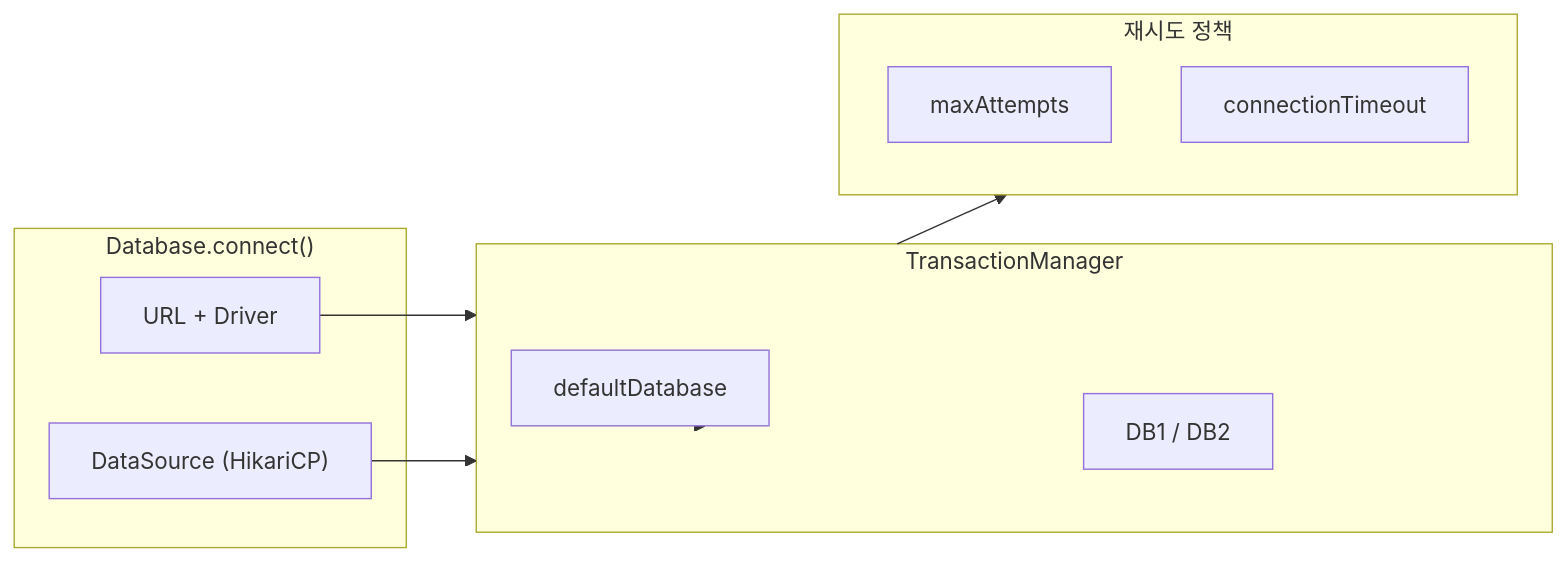
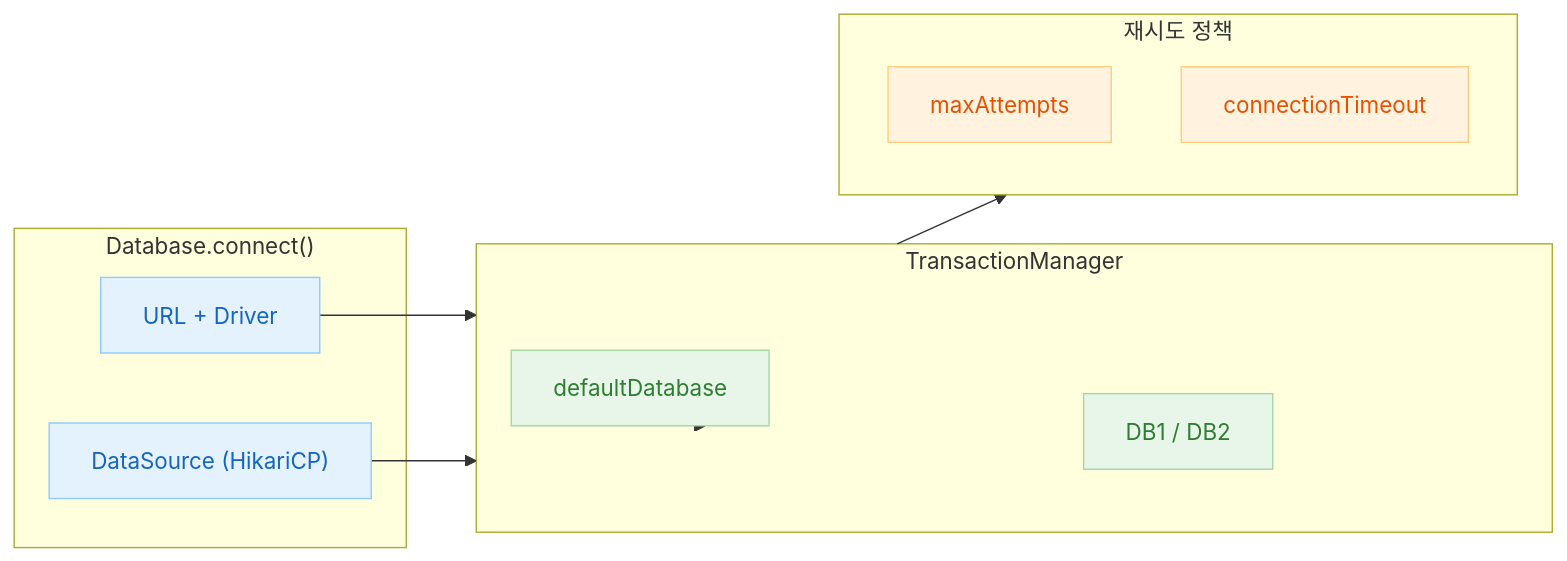
The diagram in 04-exposed-ddl/01-connection/README.md (bluetape4k/exposed-workshop), drawn with Mermaid before and after one commit. The commit also changed 56 other files, not shown here.

First line of the commit message:
docs: 전체 README mermaid 다이어그램에 파스텔 톤 색상 적용

````diff
--- a/04-exposed-ddl/01-connection/README.md
+++ b/04-exposed-ddl/01-connection/README.md
@@ -24,22 +24,30 @@
 ```mermaid
 flowchart LR
     subgraph Connect["Database.connect()"]
         URL["URL + Driver"]
         DS["DataSource (HikariCP)"]
     end
 
     subgraph TM["TransactionManager"]
         Default["defaultDatabase"]
         Multi["DB1 / DB2"]
     end
 
     subgraph Retry["재시도 정책"]
         MA["maxAttempts"]
         TO["connectionTimeout"]
     end
 
     URL --> TM
     DS --> TM
     TM --> Default & Multi
     TM --> Retry
+
+    classDef blue fill:#E3F2FD,stroke:#90CAF9,color:#1565C0
+    classDef green fill:#E8F5E9,stroke:#A5D6A7,color:#2E7D32
+    classDef orange fill:#FFF3E0,stroke:#FFCC80,color:#E65100
+
+    class URL,DS blue
+    class Default,Multi green
+    class MA,TO orange
 ```
````
